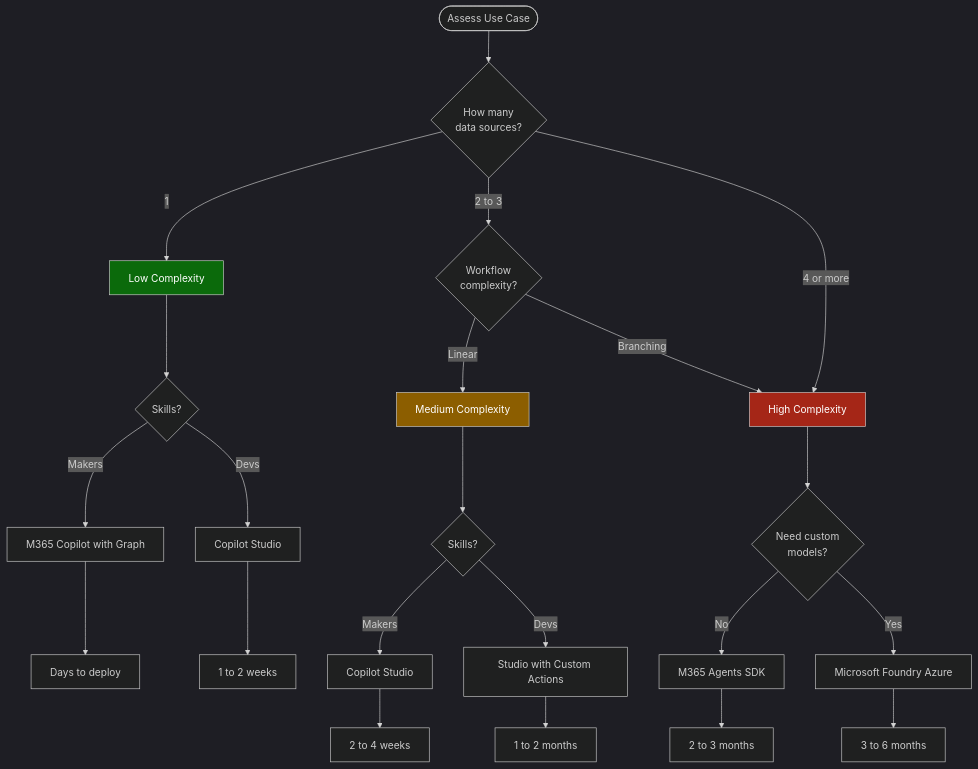
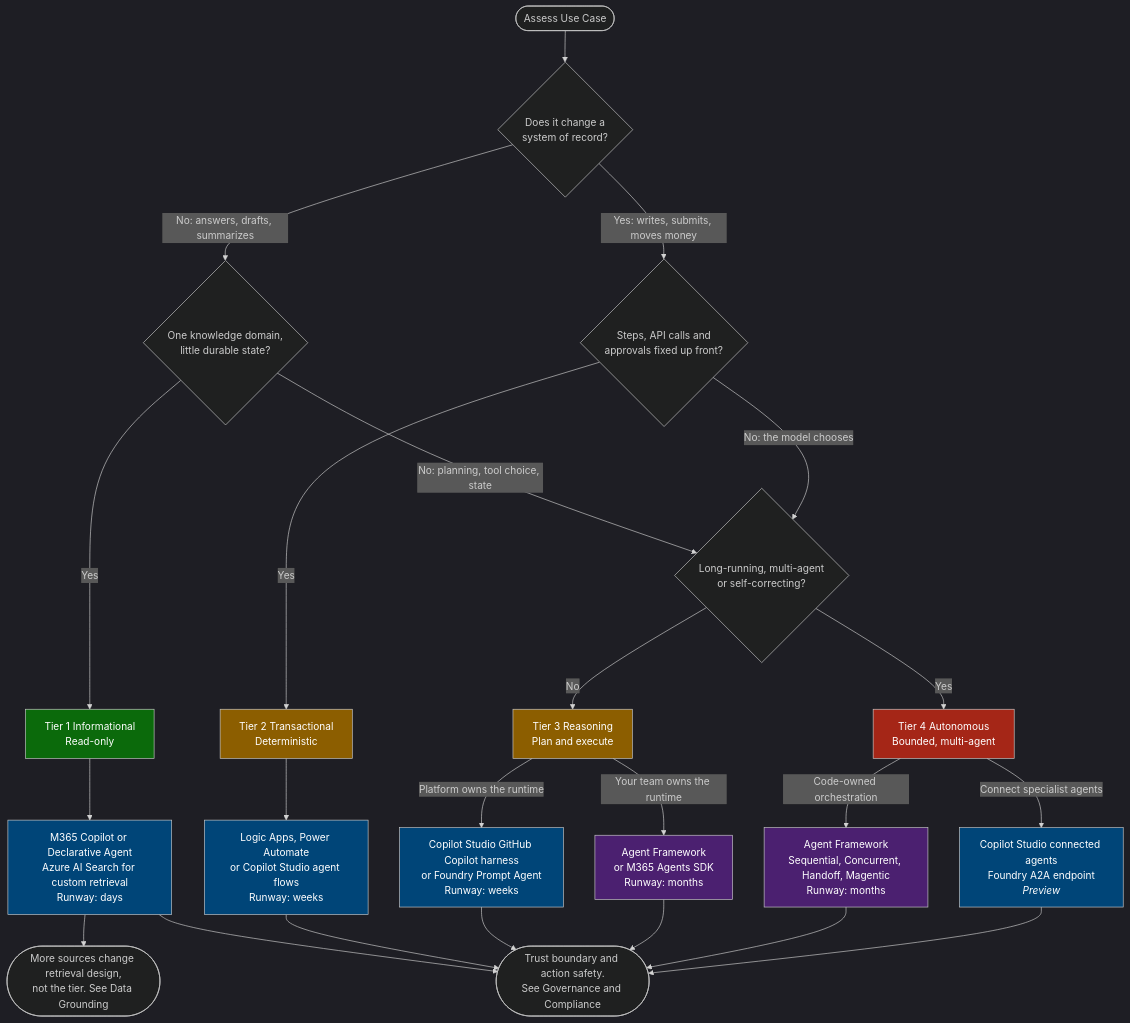
The fourth of 10 diagrams in docs/visual-framework.md (microsoft/Microsoft-AI-Decision-Framework), drawn with Mermaid before and after one commit. The commit also changed other lines of this file and 29 other files, not shown here.

````diff
--- a/docs/visual-framework.md
+++ b/docs/visual-framework.md
@@ -615,35 +543,42 @@
 ```mermaid
 %%{init: {'theme':'dark'}}%%
 flowchart TD
-    Start([Assess Use Case]) --> Q1{How many<br/>data sources?}
+    Start([Assess Use Case]) --> Q1{Does it change a<br/>system of record?}
 
-    Q1 -->|1| Simple
-    Q1 -->|2 to 3| Q2{Workflow<br/>complexity?}
-    Q1 -->|4 or more| Complex
+    Q1 -->|No: answers, drafts, summarizes| Q2{One knowledge domain,<br/>little durable state?}
+    Q1 -->|Yes: writes, submits, moves money| Q3{Steps, API calls and<br/>approvals fixed up front?}
 
-    Q2 -->|Linear| Medium
-    Q2 -->|Branching| Complex
+    Q2 -->|Yes| T1[Tier 1 Informational<br/>Read-only]
+    Q2 -->|No: planning, tool choice, state| Q4{Long-running, multi-agent<br/>or self-correcting?}
+    Q3 -->|Yes| T2[Tier 2 Transactional<br/>Deterministic]
+    Q3 -->|No: the model chooses| Q4
 
-    Simple[Low Complexity] --> S_Tech{Skills?}
-    S_Tech -->|Makers| S_M365[M365 Copilot with Graph]
-    S_Tech -->|Devs| S_Studio[Copilot Studio]
+    Q4 -->|No| T3[Tier 3 Reasoning<br/>Plan and execute]
+    Q4 -->|Yes| T4[Tier 4 Autonomous<br/>Bounded, multi-agent]
 
-    Medium[Medium Complexity] --> M_Tech{Skills?}
-    M_Tech -->|Makers| M_Studio[Copilot Studio]
-    M_Tech -->|Devs| M_SDK[Studio with Custom Actions]
+    T1 --> P1[M365 Copilot or Declarative Agent<br/>Azure AI Search for custom retrieval<br/>Runway: days]
+    T2 --> P2[Logic Apps, Power Automate<br/>or Copilot Studio agent flows<br/>Runway: weeks]
+    T3 -->|Platform owns the runtime| P3a[Copilot Studio GitHub Copilot harness<br/>or Foundry Prompt Agent<br/>Runway: weeks]
+    T3 -->|Your team owns the runtime| P3b[Agent Framework<br/>or M365 Agents SDK<br/>Runway: months]
+    T4 -->|Code-owned orchestration| P4a[Agent Framework<br/>Sequential, Concurrent, Handoff, Magentic<br/>Runway: months]
+    T4 -->|Connect specialist agents| P4b[Copilot Studio connected agents<br/>Foundry A2A endpoint<br/><i>Preview</i>]
 
-    Complex[High Complexity] --> C_Tech{Need custom<br/>models?}
-    C_Tech -->|No| C_SDK[M365 Agents SDK]
-    C_Tech -->|Yes| C_Foundry[Microsoft Foundry Azure]
+    P1 --> RefData([More sources change retrieval design,<br/>not the tier. See Data Grounding])
+    P1 --> RefGate([Trust boundary and action safety.<br/>See Governance and Compliance])
+    P2 --> RefGate
+    P3a --> RefGate
+    P3b --> RefGate
+    P4a --> RefGate
+    P4b --> RefGate
 
-    S_M365 --> Timeline1[Days to deploy]
-    S_Studio --> Timeline2[1 to 2 weeks]
-    M_Studio --> Timeline3[2 to 4 weeks]
-    M_SDK --> Timeline4[1 to 2 months]
-    C_SDK --> Timeline5[2 to 3 months]
-    C_Foundry --> Timeline6[3 to 6 months]
-
-    style Simple fill:#0b6a0b,color:#fff
-    style Medium fill:#8c5e00,color:#fff
-    style Complex fill:#a52617,color:#fff
+    style T1 fill:#0b6a0b,color:#fff
+    style T2 fill:#8c5e00,color:#fff
+    style T3 fill:#8c5e00,color:#fff
+    style T4 fill:#a52617,color:#fff
+    style P1 fill:#004578,color:#fff
+    style P2 fill:#004578,color:#fff
+    style P3a fill:#004578,color:#fff
+    style P3b fill:#4b2070,color:#fff
+    style P4a fill:#4b2070,color:#fff
+    style P4b fill:#004578,color:#fff
 ```
````
